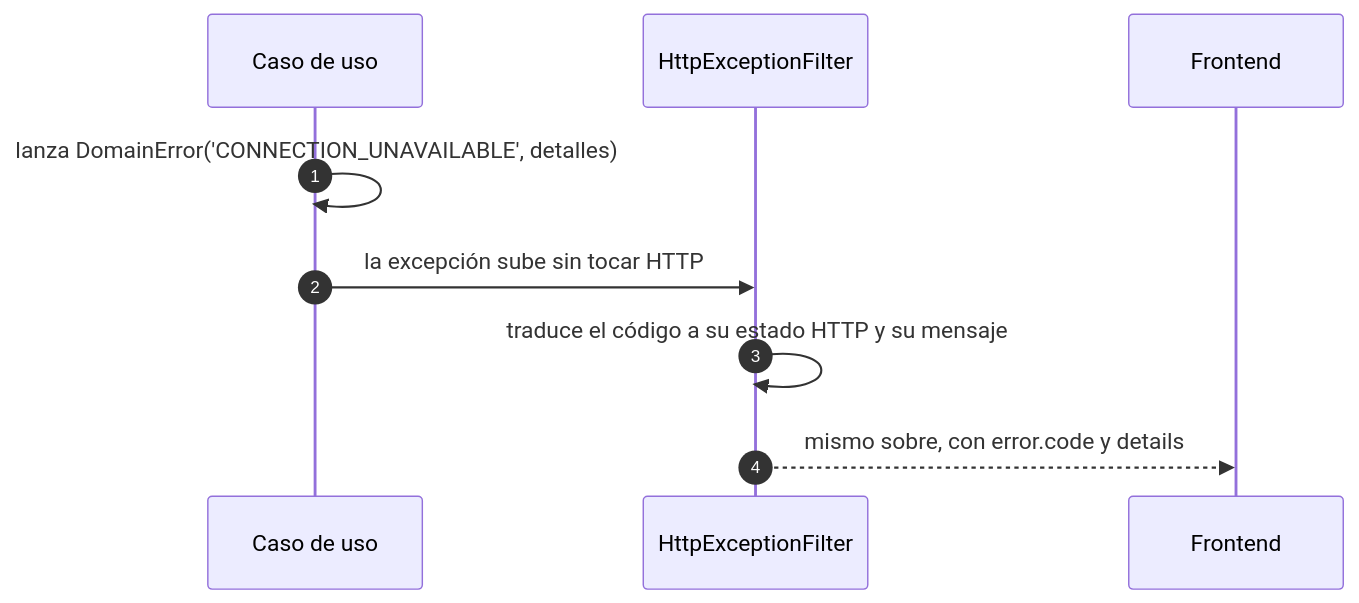
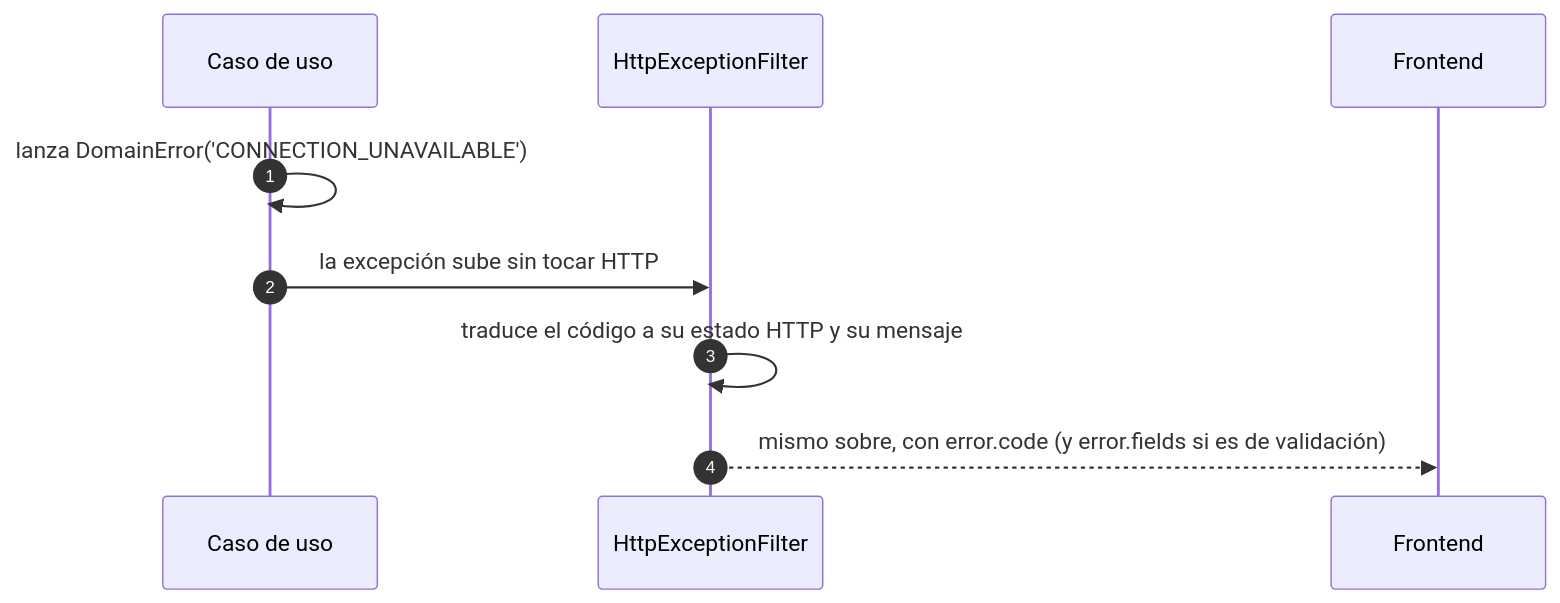
Before and after one commit to Monkey-GRC/Monkey-Brain-IA: the second of 4 diagrams in skills/product/monkey-compliance-council/references/arquitectura/plataforma/03-flujos.md, drawn with Mermaid. The commit also changed other lines of this file and 168 other files, not shown here.

Commit message:
docs(brain): user stories and use cases with UML for all 13 modules, Jira epics MD-316..MD-324, branded PDF export, stories only from decided items, D113 approved, closed DT-1/9/10/25/32/33/34/35/57, SEG-45/60/71 done and SEG-59 reopened, contracts and module docs aligned with the code (MD-246)

````diff
--- a/skills/product/monkey-compliance-council/references/arquitectura/plataforma/03-flujos.md
+++ b/skills/product/monkey-compliance-council/references/arquitectura/plataforma/03-flujos.md
@@ -24,11 +24,11 @@
 ```mermaid
 sequenceDiagram
     autonumber
     participant UC as Caso de uso
     participant F as HttpExceptionFilter
     participant FE as Frontend
-    UC->>UC: lanza DomainError('CONNECTION_UNAVAILABLE', detalles)
+    UC->>UC: lanza DomainError('CONNECTION_UNAVAILABLE')
     UC->>F: la excepción sube sin tocar HTTP
     F->>F: traduce el código a su estado HTTP y su mensaje
-    F-->>FE: mismo sobre, con error.code y details
+    F-->>FE: mismo sobre, con error.code (y error.fields si es de validación)
 ```
````
